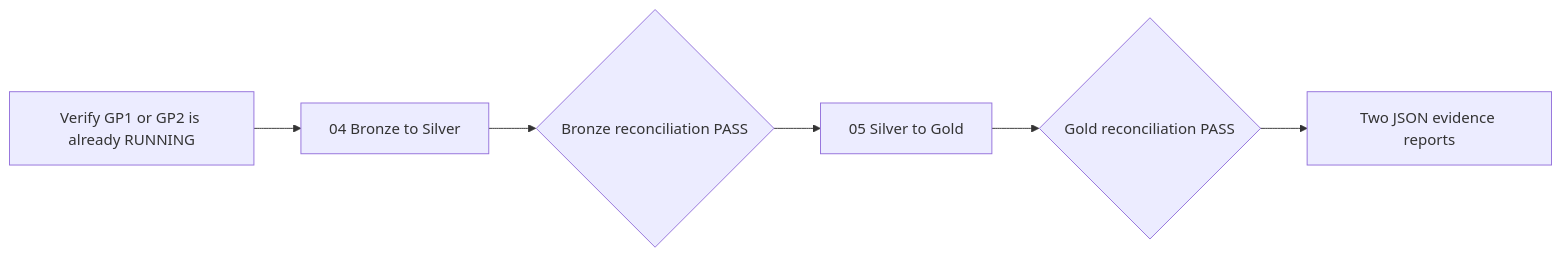
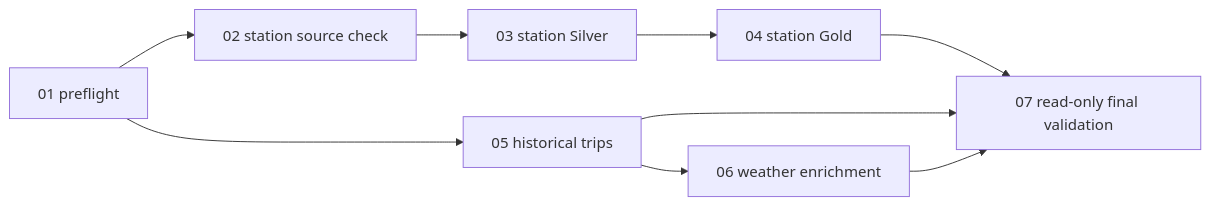
One commit to BadalovP/Databricks-Academy-Lakehouse changed the fifth of 5 diagrams in Demos/Demo3/README.md. Above: the diagram before and after it, drawn with Mermaid. The commit also changed other lines of this file and 10 other files, not shown here.

````diff
--- a/Demos/Demo3/README.md
+++ b/Demos/Demo3/README.md
@@ -184,8 +195,11 @@
 ```mermaid
 flowchart LR
-    PREFLIGHT["Verify GP1 or GP2 is already RUNNING"] --> S["04 Bronze to Silver"]
-    S --> SCHECK{"Bronze reconciliation PASS"}
-    SCHECK --> G["05 Silver to Gold"]
-    G --> GCHECK{"Gold reconciliation PASS"}
-    GCHECK --> REPORT["Two JSON evidence reports"]
+    P["01 preflight"] --> B["02 station source check"]
+    B --> S["03 station Silver"]
+    S --> G["04 station Gold"]
+    P --> H["05 historical trips"]
+    H --> W["06 weather enrichment"]
+    G --> V["07 read-only final validation"]
+    H --> V
+    W --> V
 ```
````
